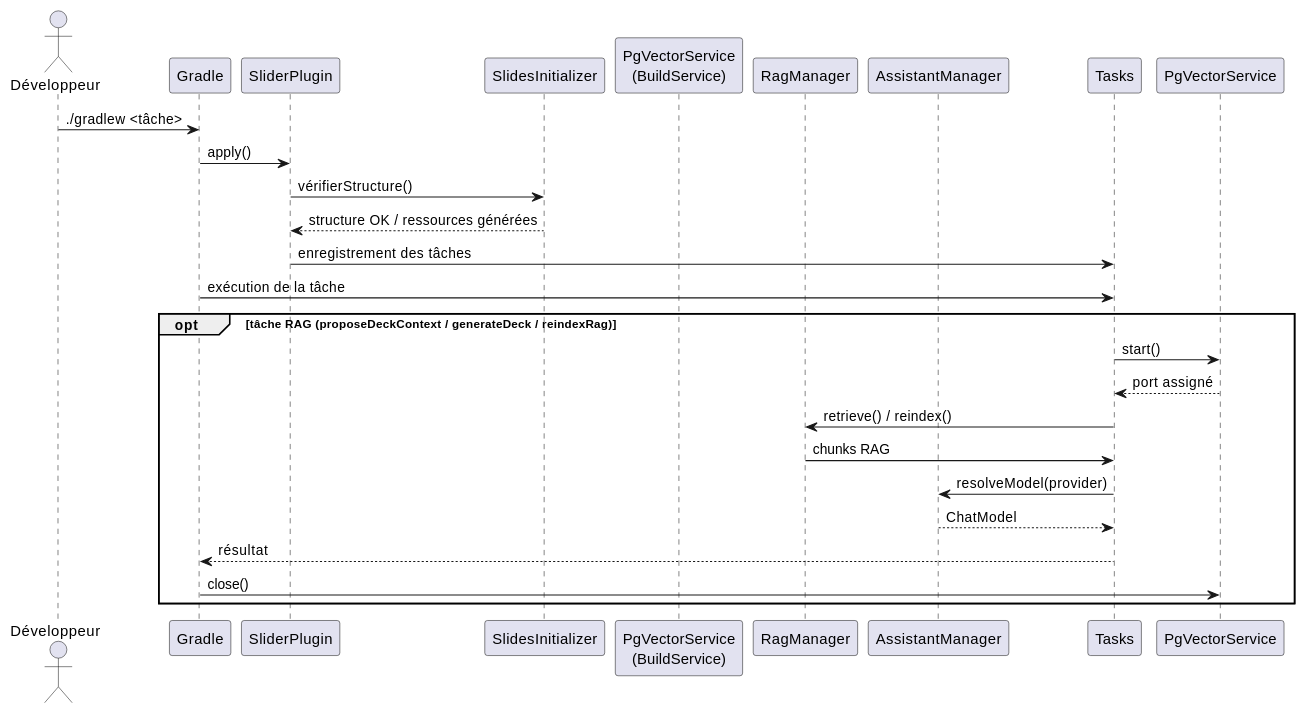
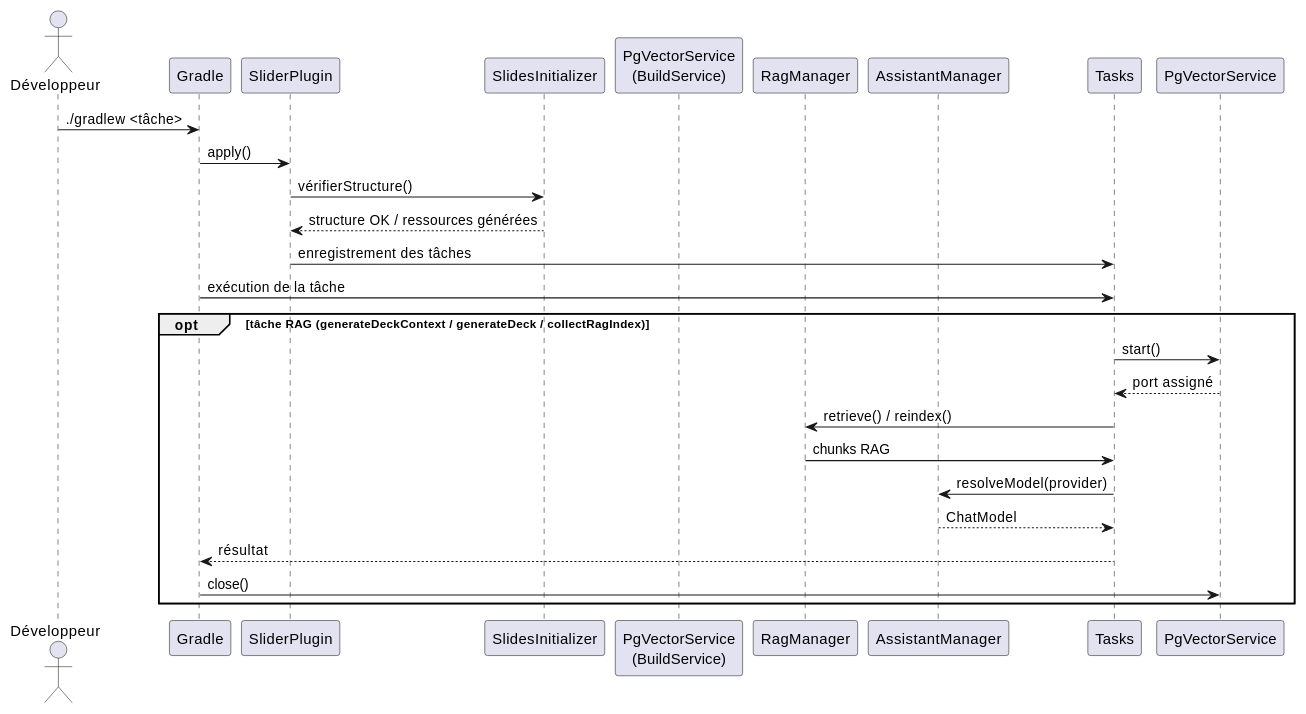
The fourth of 10 diagrams in README_truth_fr.adoc (cheroliv/slider-gradle), drawn with PlantUML before and after one commit. The commit also changed other lines of this file and 13 other files, not shown here.

Commit message:
EPIC K K-1: renommage taxonomie (generateSlides, generateDashboard, deploySlides, generateCapsule, generateDeckContext, collectRagIndex) + groupes

```diff
--- a/README_truth_fr.adoc
+++ b/README_truth_fr.adoc
@@ -220,32 +220,32 @@
 [plantuml]
 ----
 @startuml
 actor Développeur
 
 participant "Gradle" as Gradle
 participant "SliderPlugin"
 participant "SlidesInitializer"
 participant "PgVectorService\n(BuildService)"
 participant "RagManager"
 participant "AssistantManager"
 participant "Tasks"
 
 Développeur -> Gradle : ./gradlew <tâche>
 Gradle -> SliderPlugin : apply()
 SliderPlugin -> SlidesInitializer : vérifierStructure()
 SlidesInitializer --> SliderPlugin : structure OK / ressources générées
 SliderPlugin -> Tasks : enregistrement des tâches
 Gradle -> Tasks : exécution de la tâche
 
-opt tâche RAG (proposeDeckContext / generateDeck / reindexRag)
+opt tâche RAG (generateDeckContext / generateDeck / collectRagIndex)
   Tasks -> PgVectorService : start()
   PgVectorService --> Tasks : port assigné
   Tasks -> RagManager : retrieve() / reindex()
   RagManager -> Tasks : chunks RAG
   Tasks -> AssistantManager : resolveModel(provider)
   AssistantManager --> Tasks : ChatModel
   Tasks --> Gradle : résultat
   Gradle -> PgVectorService : close()
 end
 @enduml
 ----
```
